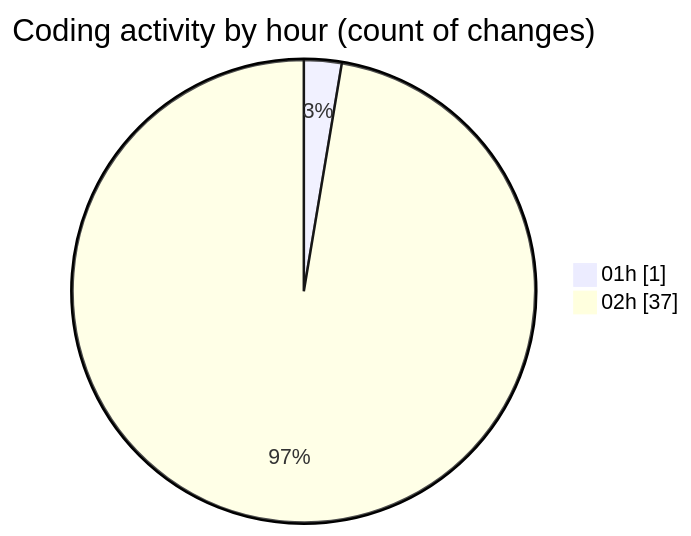
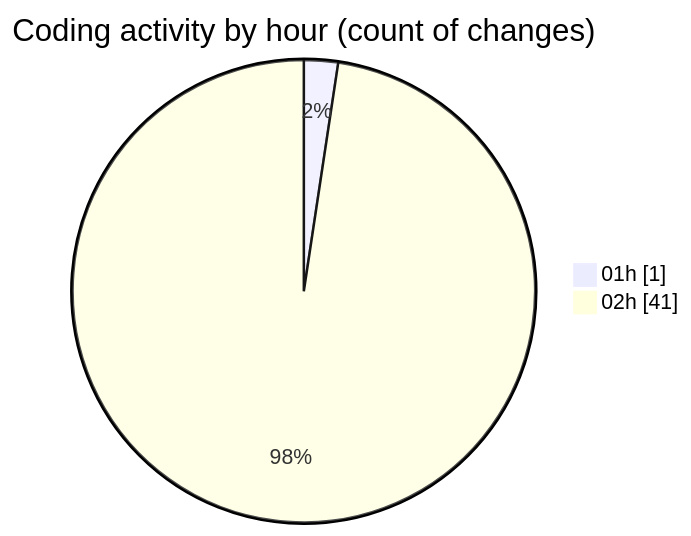
The second of 2 diagrams in 2025-02-21/uber_clone/README.md (donsfak/code-tracking), drawn with Mermaid before and after one commit. The commit also changed other lines of this file and 1 other file, not shown here.

````diff
--- a/2025-02-21/uber_clone/README.md
+++ b/2025-02-21/uber_clone/README.md
@@ -37,6 +37,6 @@
 ```mermaid
 pie showData
 title Coding activity by hour (count of changes)
 "01h" : 1
-"02h" : 37
+"02h" : 41
 ```
````
